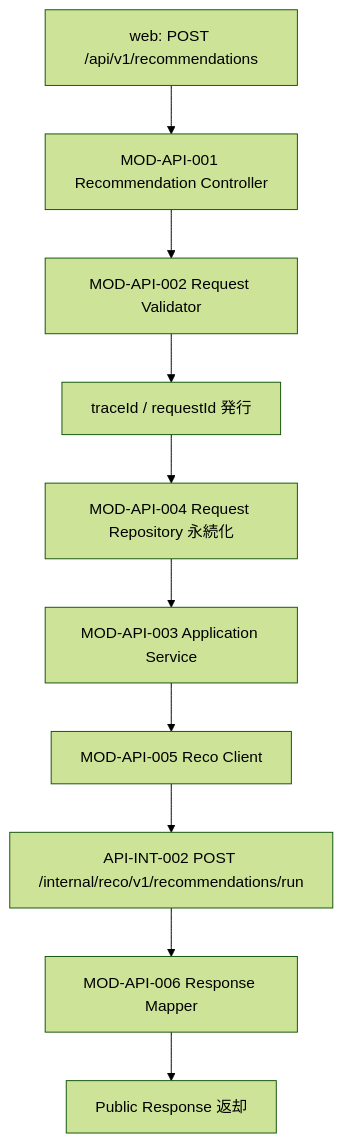
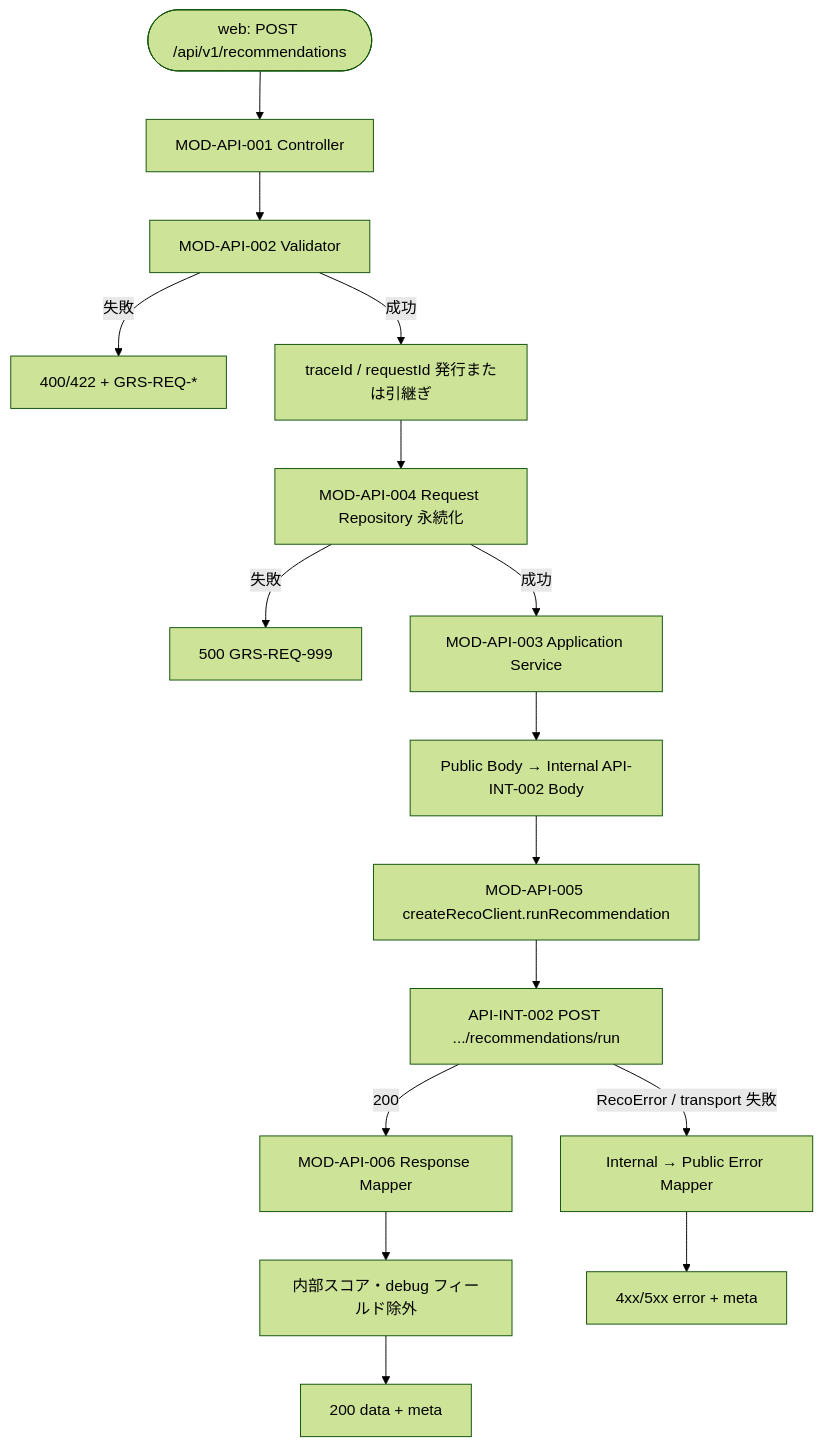
One commit to ryo-chan-k6/GiftRecommendAPP_MVP_CYCLE_3 changed the diagram in docs/06_実装設計/api/API-PUB-002_レコメンド実行API実装仕様書.md. Above: the diagram before and after it, drawn with Mermaid (forest theme). The commit also changed other lines of this file and 2 other files, not shown here.

First line of the commit message:
docs: API-PUB-002実装仕様書を develop 前提で再作成

````diff
--- a/docs/06_実装設計/api/API-PUB-002_レコメンド実行API実装仕様書.md
+++ b/docs/06_実装設計/api/API-PUB-002_レコメンド実行API実装仕様書.md
@@ -47,12 +94,18 @@
 ```mermaid
 flowchart TD
-    A[web: POST /api/v1/recommendations] --> B[MOD-API-001 Recommendation Controller]
-    B --> C[MOD-API-002 Request Validator]
-    C --> D[traceId / requestId 発行]
-    D --> E[MOD-API-004 Request Repository 永続化]
-    E --> F[MOD-API-003 Application Service]
-    F --> G[MOD-API-005 Reco Client]
-    G --> H[API-INT-002 POST /internal/reco/v1/recommendations/run]
-    H --> I[MOD-API-006 Response Mapper]
-    I --> J[Public Response 返却]
+    START([web: POST /api/v1/recommendations]) --> CTRL[MOD-API-001 Controller]
+    CTRL --> VAL[MOD-API-002 Validator]
+    VAL -->|失敗| E4XX[400/422 + GRS-REQ-*]
+    VAL -->|成功| TRACE[traceId / requestId 発行または引継ぎ]
+    TRACE --> PERSIST[MOD-API-004 Request Repository 永続化]
+    PERSIST -->|失敗| E500R[500 GRS-REQ-999]
+    PERSIST -->|成功| APP[MOD-API-003 Application Service]
+    APP --> MAP_REQ[Public Body → Internal API-INT-002 Body]
+    MAP_REQ --> RC[MOD-API-005 createRecoClient.runRecommendation]
+    RC --> INT[API-INT-002 POST .../recommendations/run]
+    INT -->|RecoError / transport 失敗| ERR_MAP[Internal → Public Error Mapper]
+    INT -->|200| MAP_RES[MOD-API-006 Response Mapper]
+    MAP_RES --> FILTER[内部スコア・debug フィールド除外]
+    FILTER --> OK[200 data + meta]
+    ERR_MAP --> ERR_HTTP[4xx/5xx error + meta]
 ```
````
